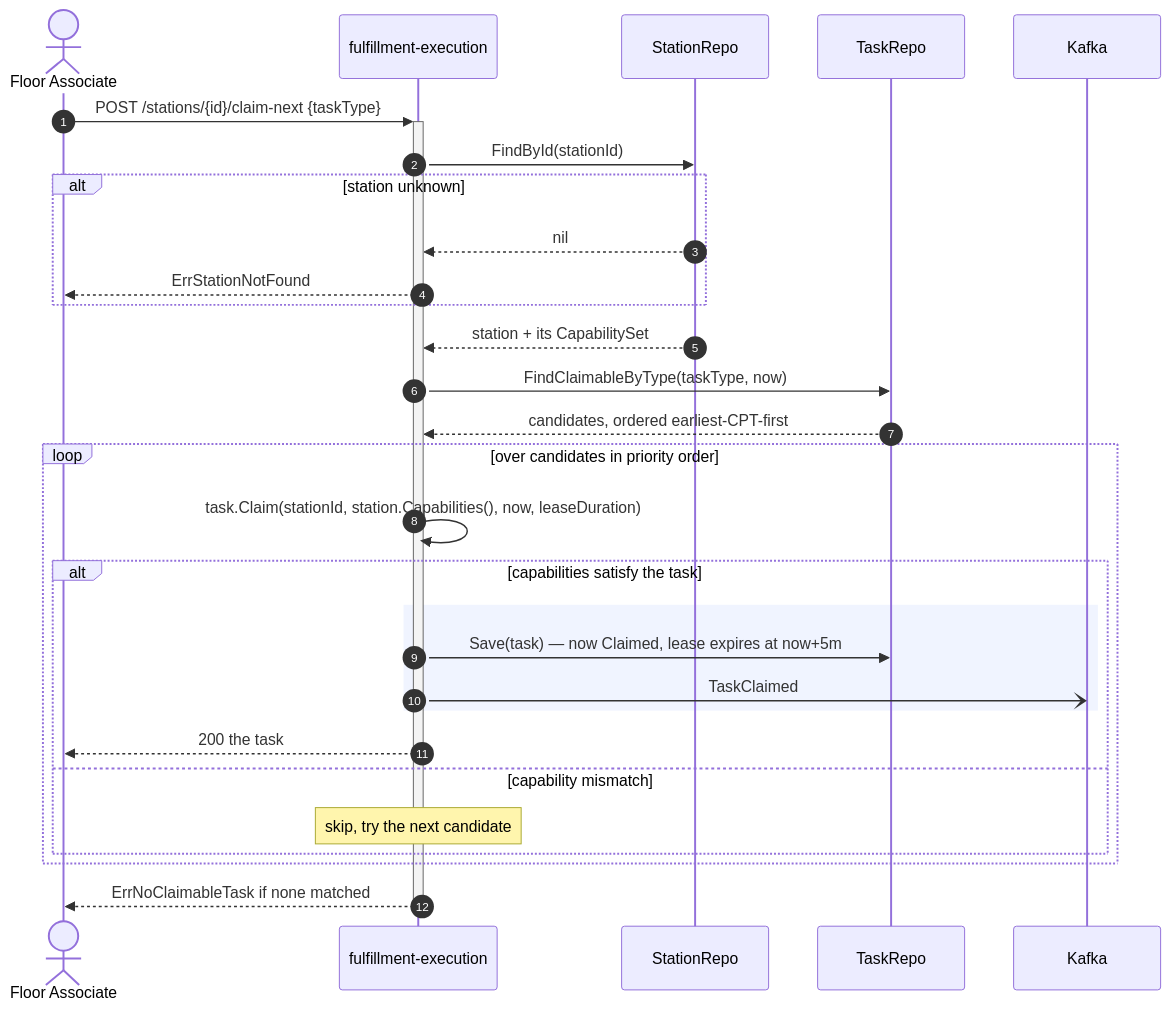
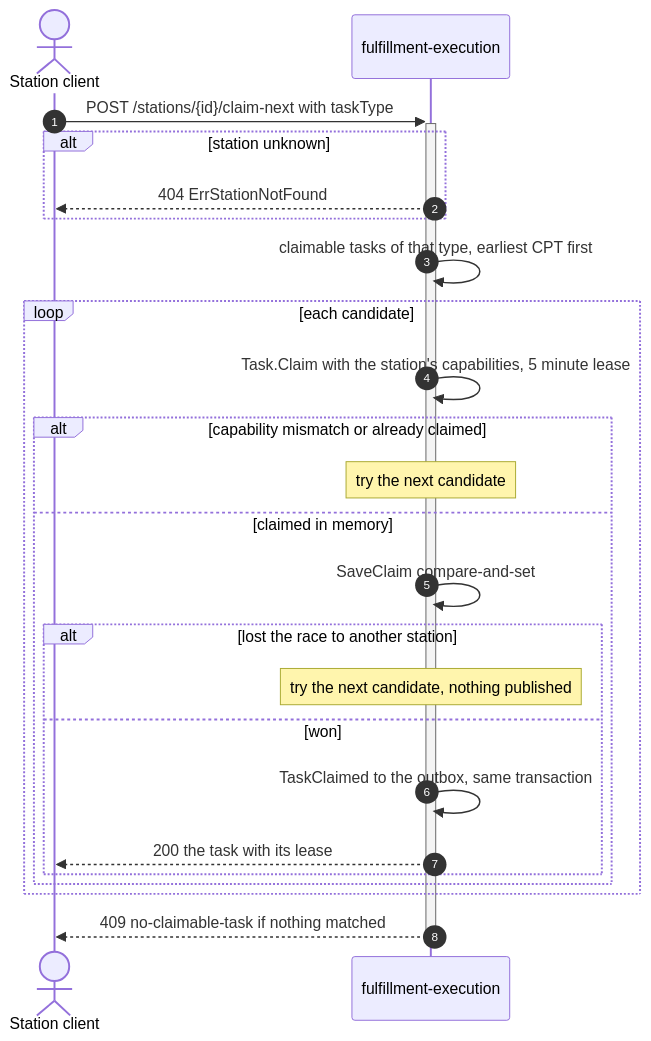
The third of 9 diagrams in docs/architecture/runtime-flows.md (IQVO/warehouse-docs), drawn with Mermaid before and after one commit. The commit also changed other lines of this file and 717 other files, not shown here.

````diff
--- a/docs/architecture/runtime-flows.md
+++ b/docs/architecture/runtime-flows.md
@@ -123,34 +158,27 @@
 ```mermaid
 sequenceDiagram
     autonumber
-    actor Assoc as Floor Associate
+    actor S as Station client
     participant FE as fulfillment-execution
-    participant SR as StationRepo
-    participant TR as TaskRepo
-    participant K as Kafka
 
-    Assoc->>+FE: POST /stations/{id}/claim-next {taskType}
-    FE->>SR: FindById(stationId)
+    S->>+FE: POST /stations/{id}/claim-next with taskType
     alt station unknown
-        SR-->>FE: nil
-        FE-->>Assoc: ErrStationNotFound
+        FE-->>S: 404 ErrStationNotFound
     end
-    SR-->>FE: station + its CapabilitySet
-
-    FE->>TR: FindClaimableByType(taskType, now)
-    TR-->>FE: candidates, ordered earliest-CPT-first
-
-    loop over candidates in priority order
-        FE->>FE: task.Claim(stationId, station.Capabilities(), now, leaseDuration)
-        alt capabilities satisfy the task
-            rect rgb(240, 244, 255)
-                FE->>TR: Save(task) — now Claimed, lease expires at now+5m
-                FE-)K: TaskClaimed
+    FE->>FE: claimable tasks of that type, earliest CPT first
+    loop each candidate
+        FE->>FE: Task.Claim with the station's capabilities, 5 minute lease
+        alt capability mismatch or already claimed
+            Note over FE: try the next candidate
+        else claimed in memory
+            FE->>FE: SaveClaim compare-and-set
+            alt lost the race to another station
+                Note over FE: try the next candidate, nothing published
+            else won
+                FE->>FE: TaskClaimed to the outbox, same transaction
+                FE-->>S: 200 the task with its lease
             end
-            FE-->>Assoc: 200 the task
-        else capability mismatch
-            Note over FE: skip, try the next candidate
         end
     end
-    FE-->>-Assoc: ErrNoClaimableTask if none matched
+    FE-->>-S: 409 no-claimable-task if nothing matched
 ```
````
